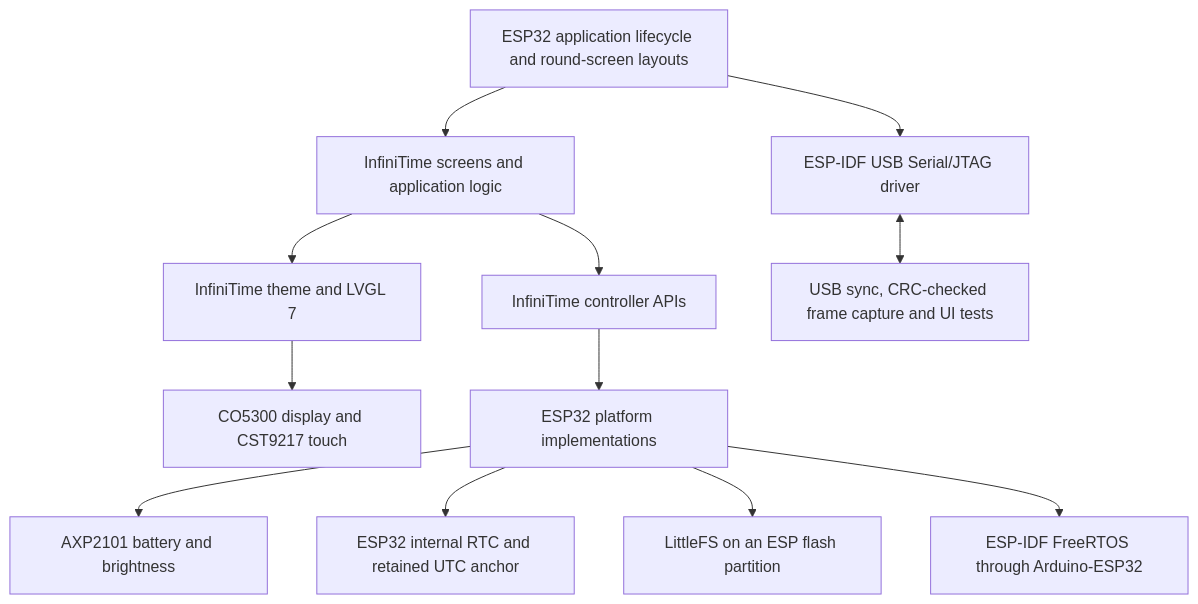
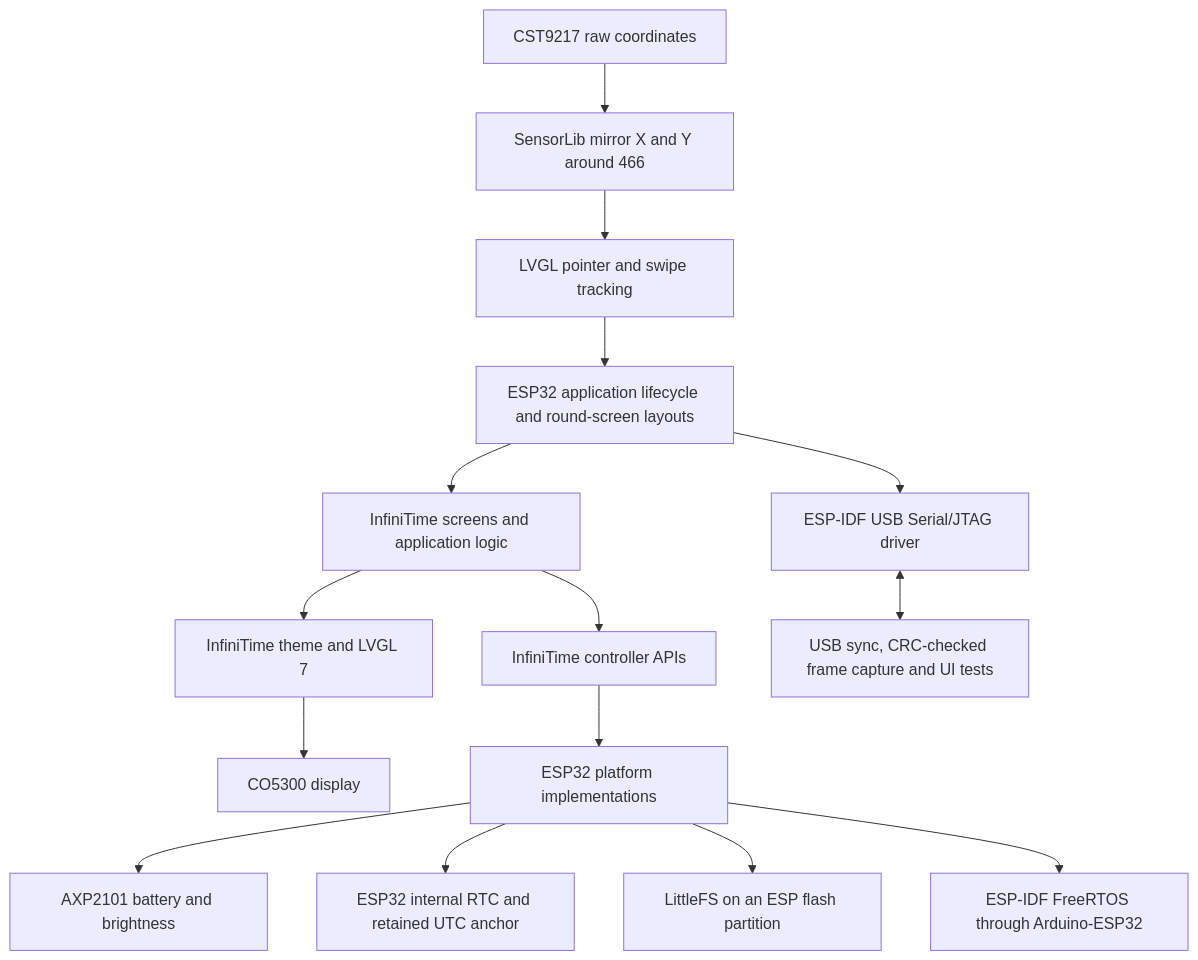
One commit to Micro66/InfiniTime changed the diagram in ports/esp32/README.md. Above: the diagram before and after it, drawn with Mermaid. The commit also changed other lines of this file and 7 other files, not shown here.

Commit message:
Fix inverted touch coordinates on Waveshare 1.75C

````diff
--- a/ports/esp32/README.md
+++ b/ports/esp32/README.md
@@ -20,14 +20,17 @@
 ```mermaid
 flowchart TD
     Screens[InfiniTime screens and application logic] --> Theme[InfiniTime theme and LVGL 7]
     Screens --> Controllers[InfiniTime controller APIs]
     Shell[ESP32 application lifecycle and round-screen layouts] --> Screens
     Shell --> USB[ESP-IDF USB Serial/JTAG driver]
     USB <--> Tools[USB sync, CRC-checked frame capture and UI tests]
-    Theme --> Display[CO5300 display and CST9217 touch]
+    Theme --> Display[CO5300 display]
+    Touch[CST9217 raw coordinates] --> Map[SensorLib mirror X and Y around 466]
+    Map --> Input[LVGL pointer and swipe tracking]
+    Input --> Shell
     Controllers --> Platform[ESP32 platform implementations]
     Platform --> Power[AXP2101 battery and brightness]
     Platform --> Clock[ESP32 internal RTC and retained UTC anchor]
     Platform --> Storage[LittleFS on an ESP flash partition]
     Platform --> RTOS[ESP-IDF FreeRTOS through Arduino-ESP32]
 ```
````
